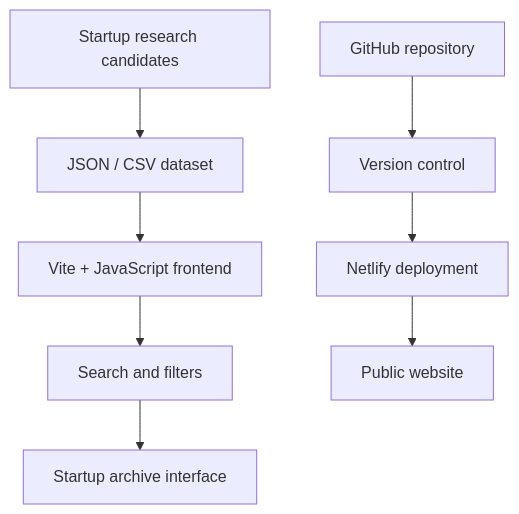
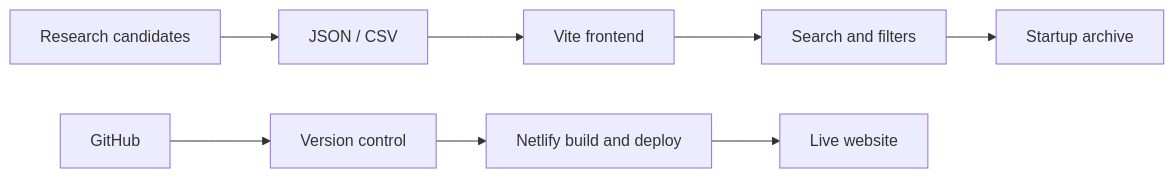
Before and after one commit to Phk006/Startup-graveyard: the diagram in README.md, drawn with Mermaid. The commit also changed other lines of this file, not shown here.

````diff
--- a/README.md
+++ b/README.md
@@ -70,10 +78,10 @@
 ```mermaid
-flowchart TD
-    A[Startup research candidates] --> B[JSON / CSV dataset]
-    B --> C[Vite + JavaScript frontend]
-    C --> D[Search and filters]
-    D --> E[Startup archive interface]
-    F[GitHub repository] --> G[Version control]
-    G --> H[Netlify deployment]
-    H --> I[Public website]
+flowchart LR
+  A[Research candidates] --> B[JSON / CSV]
+  B --> C[Vite frontend]
+  C --> D[Search and filters]
+  D --> E[Startup archive]
+  F[GitHub] --> G[Version control]
+  G --> H[Netlify build and deploy]
+  H --> I[Live website]
 ```
````
